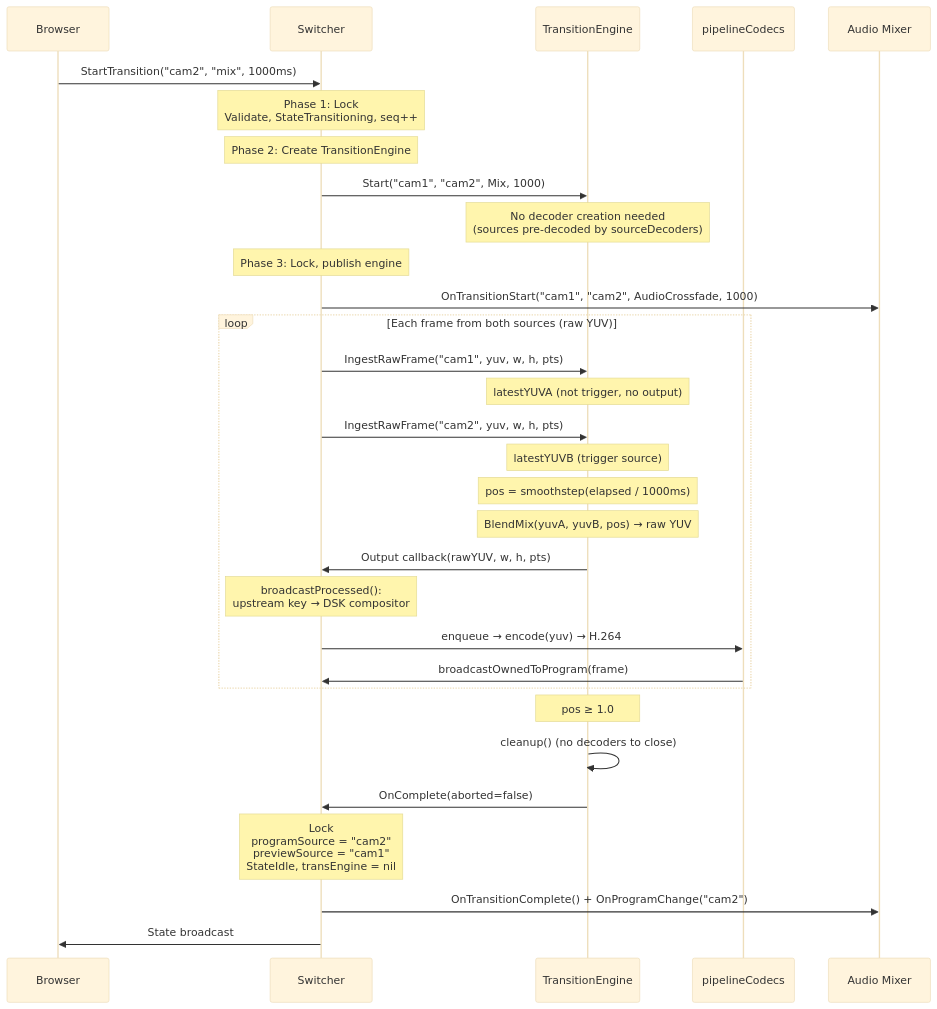
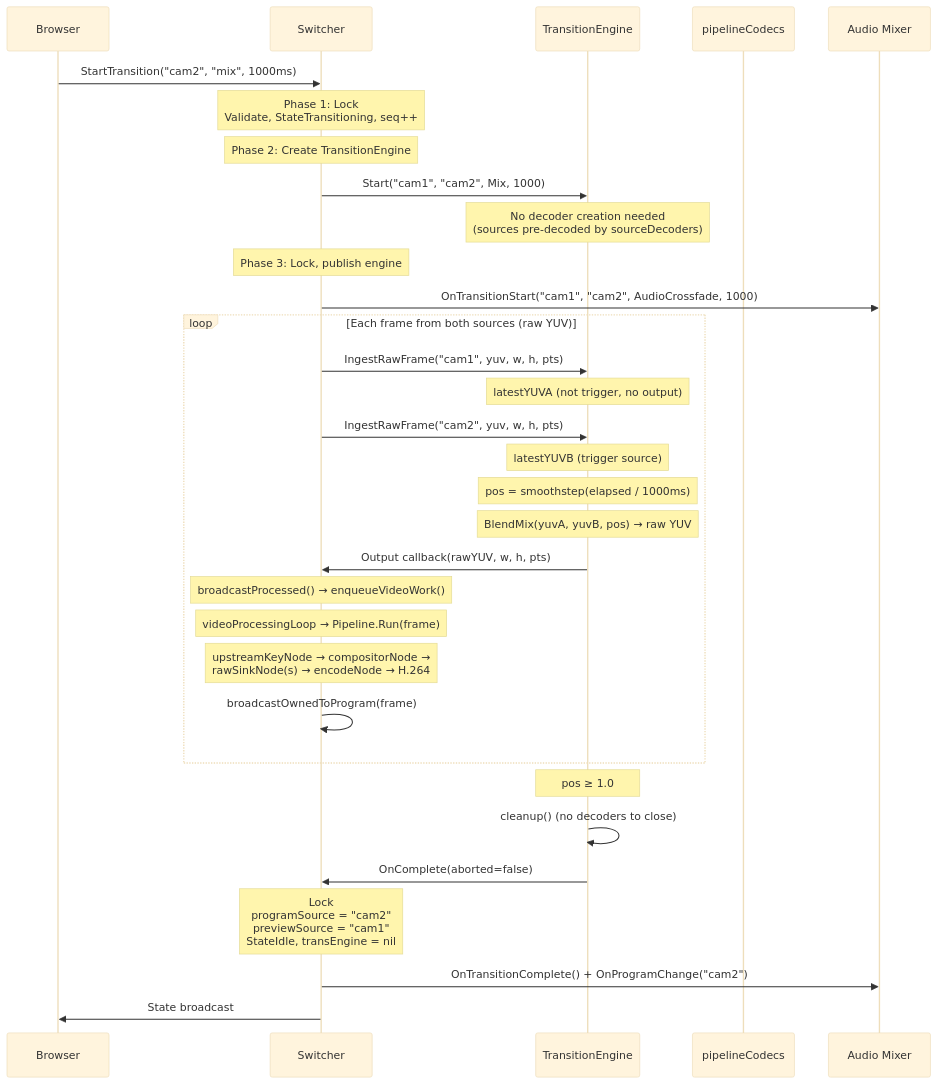
One commit to zsiec/switchframe changed diagram 21 of 23 in docs/architecture.md. Above: the diagram before and after it, drawn with Mermaid (base theme). The commit also changed other lines of this file, not shown here.

First line of the commit message:
docs(architecture): update diagrams and text for Pipeline.Run() node chain

````diff
--- a/docs/architecture.md
+++ b/docs/architecture.md
@@ -1226,41 +1259,42 @@
 ```mermaid
 sequenceDiagram
     participant Browser
     participant SW as Switcher
     participant TE as TransitionEngine
     participant PC as pipelineCodecs
     participant Mixer as Audio Mixer
 
     Browser->>SW: StartTransition("cam2", "mix", 1000ms)
 
     Note over SW: Phase 1: Lock<br/>Validate, StateTransitioning, seq++
 
     Note over SW: Phase 2: Create TransitionEngine
     SW->>TE: Start("cam1", "cam2", Mix, 1000)
     Note over TE: No decoder creation needed<br/>(sources pre-decoded by sourceDecoders)
 
     Note over SW: Phase 3: Lock, publish engine
     SW->>Mixer: OnTransitionStart("cam1", "cam2", AudioCrossfade, 1000)
 
     loop Each frame from both sources (raw YUV)
         SW->>TE: IngestRawFrame("cam1", yuv, w, h, pts)
         Note over TE: latestYUVA (not trigger, no output)
 
         SW->>TE: IngestRawFrame("cam2", yuv, w, h, pts)
         Note over TE: latestYUVB (trigger source)
         Note over TE: pos = smoothstep(elapsed / 1000ms)
         Note over TE: BlendMix(yuvA, yuvB, pos) → raw YUV
         TE->>SW: Output callback(rawYUV, w, h, pts)
-        Note over SW: broadcastProcessed():<br/>upstream key → DSK compositor
-        SW->>PC: enqueue → encode(yuv) → H.264
-        PC->>SW: broadcastOwnedToProgram(frame)
+        Note over SW: broadcastProcessed() → enqueueVideoWork()
+        Note over SW: videoProcessingLoop → Pipeline.Run(frame)
+        Note over SW: upstreamKeyNode → compositorNode →<br/>rawSinkNode(s) → encodeNode → H.264
+        SW->>SW: broadcastOwnedToProgram(frame)
     end
 
     Note over TE: pos ≥ 1.0
     TE->>TE: cleanup() (no decoders to close)
     TE->>SW: OnComplete(aborted=false)
 
     Note over SW: Lock<br/>programSource = "cam2"<br/>previewSource = "cam1"<br/>StateIdle, transEngine = nil
     SW->>Mixer: OnTransitionComplete() + OnProgramChange("cam2")
     SW->>Browser: State broadcast
 ```
````
